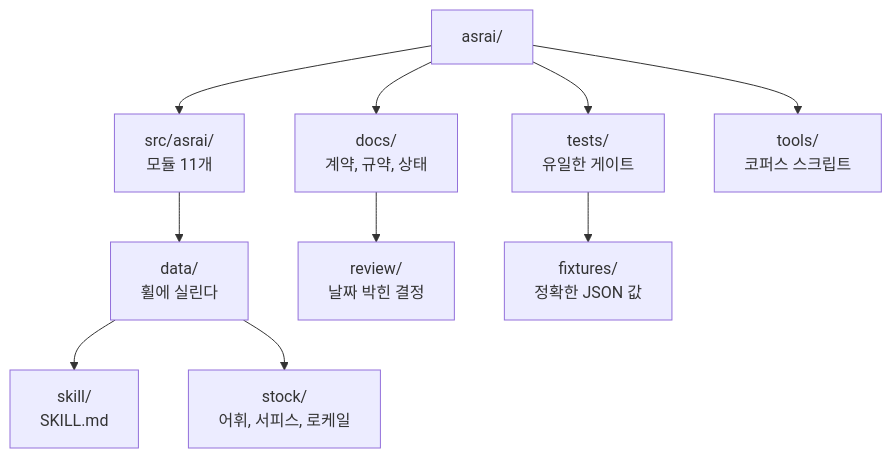
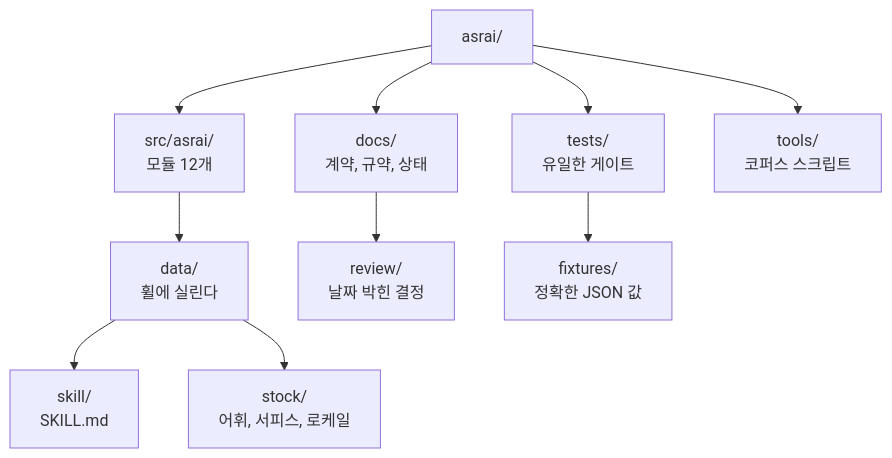
Before and after one commit to Stdev17/asrai: the diagram in docs/i18n/ko/README.md, drawn with Mermaid. The commit also changed other lines of this file and 15 other files, not shown here.

````diff
--- a/docs/i18n/ko/README.md
+++ b/docs/i18n/ko/README.md
@@ -74,8 +74,8 @@
 ```mermaid
 flowchart TD
-    ROOT["asrai/"] --> SRC["src/asrai/<br/>모듈 11개"] & DOCS["docs/<br/>계약, 규약, 상태"] & TESTS["tests/<br/>유일한 게이트"] & TOOLS["tools/<br/>코퍼스 스크립트"]
+    ROOT["asrai/"] --> SRC["src/asrai/<br/>모듈 12개"] & DOCS["docs/<br/>계약, 규약, 상태"] & TESTS["tests/<br/>유일한 게이트"] & TOOLS["tools/<br/>코퍼스 스크립트"]
     SRC --> DATA["data/<br/>휠에 실린다"]
     DATA --> SKILL["skill/<br/>SKILL.md"] & STOCK["stock/<br/>어휘, 서피스, 로케일"]
     DOCS --> REVIEW["review/<br/>날짜 박힌 결정"]
     TESTS --> FIX["fixtures/<br/>정확한 JSON 값"]
 ```
````
